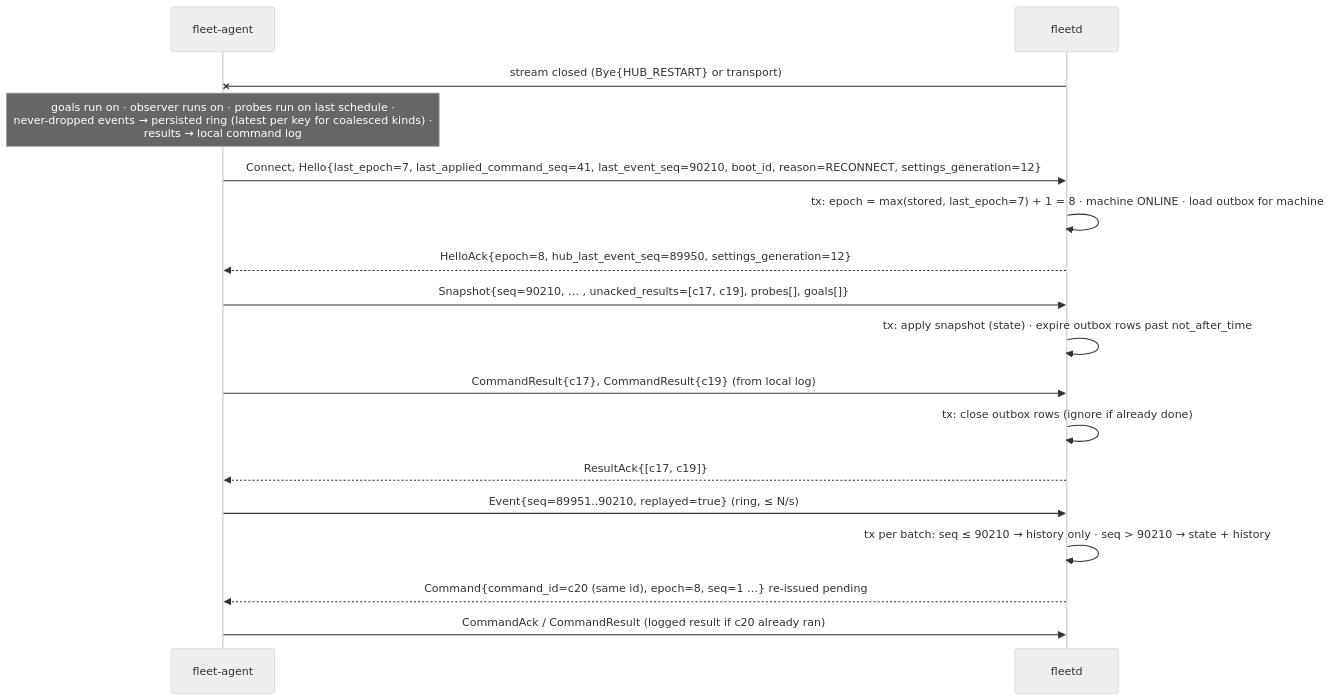
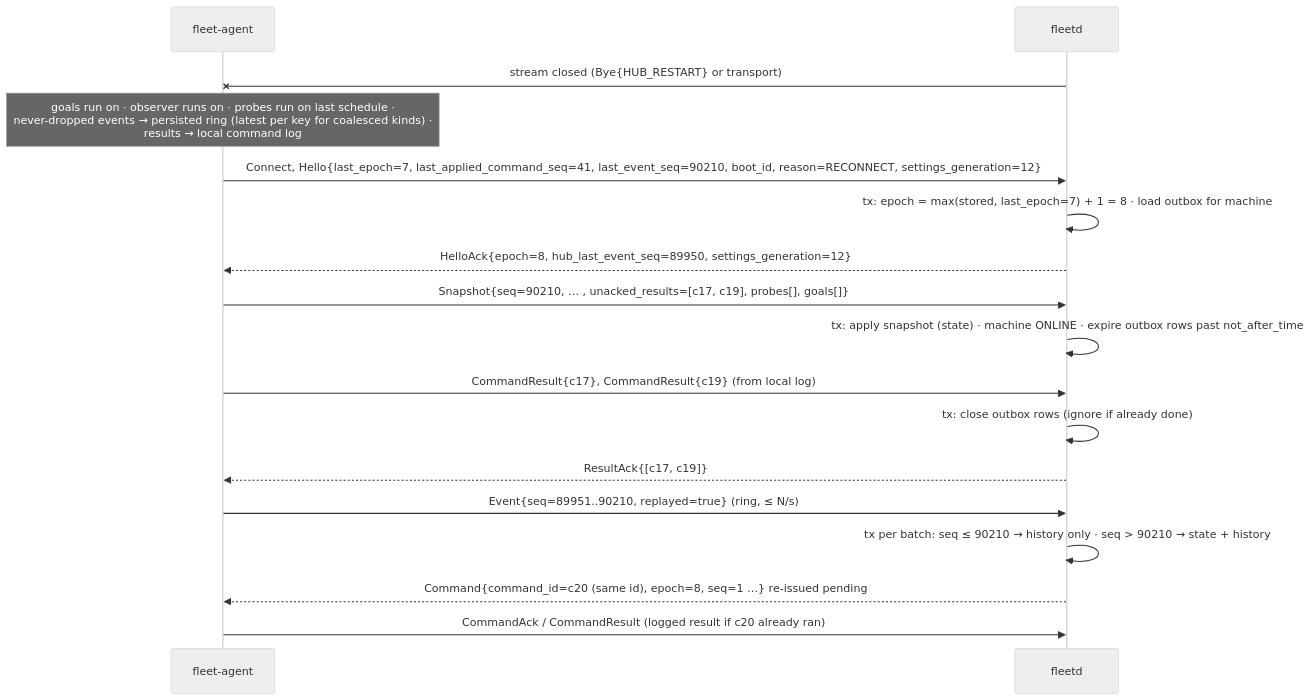
The first of 2 diagrams in docs/specs/03n-reconnect.md (linuxdynasty/fleet-board), drawn with Mermaid (neutral theme) before and after one commit. The commit also changed other lines of this file and 12 other files, not shown here.

````diff
--- a/docs/specs/03n-reconnect.md
+++ b/docs/specs/03n-reconnect.md
@@ -15,19 +15,19 @@
 ```mermaid
 sequenceDiagram
   participant A as fleet-agent
   participant H as fleetd
   H-xA: stream closed (Bye{HUB_RESTART} or transport)
   Note over A: goals run on · observer runs on · probes run on last schedule ·<br/>never-dropped events → persisted ring (latest per key for coalesced kinds) ·<br/>results → local command log
   A->>H: Connect, Hello{last_epoch=7, last_applied_command_seq=41, last_event_seq=90210, boot_id, reason=RECONNECT, settings_generation=12}
-  H->>H: tx: epoch = max(stored, last_epoch=7) + 1 = 8 · machine ONLINE · load outbox for machine
+  H->>H: tx: epoch = max(stored, last_epoch=7) + 1 = 8 · load outbox for machine
   H-->>A: HelloAck{epoch=8, hub_last_event_seq=89950, settings_generation=12}
   A->>H: Snapshot{seq=90210, … , unacked_results=[c17, c19], probes[], goals[]}
-  H->>H: tx: apply snapshot (state) · expire outbox rows past not_after_time
+  H->>H: tx: apply snapshot (state) · machine ONLINE · expire outbox rows past not_after_time
   A->>H: CommandResult{c17}, CommandResult{c19} (from local log)
   H->>H: tx: close outbox rows (ignore if already done)
   H-->>A: ResultAck{[c17, c19]}
   A->>H: Event{seq=89951..90210, replayed=true} (ring, ≤ N/s)
   H->>H: tx per batch: seq ≤ 90210 → history only · seq > 90210 → state + history
   H-->>A: Command{command_id=c20 (same id), epoch=8, seq=1 …} re-issued pending
   A->>H: CommandAck / CommandResult (logged result if c20 already ran)
 ```
````
